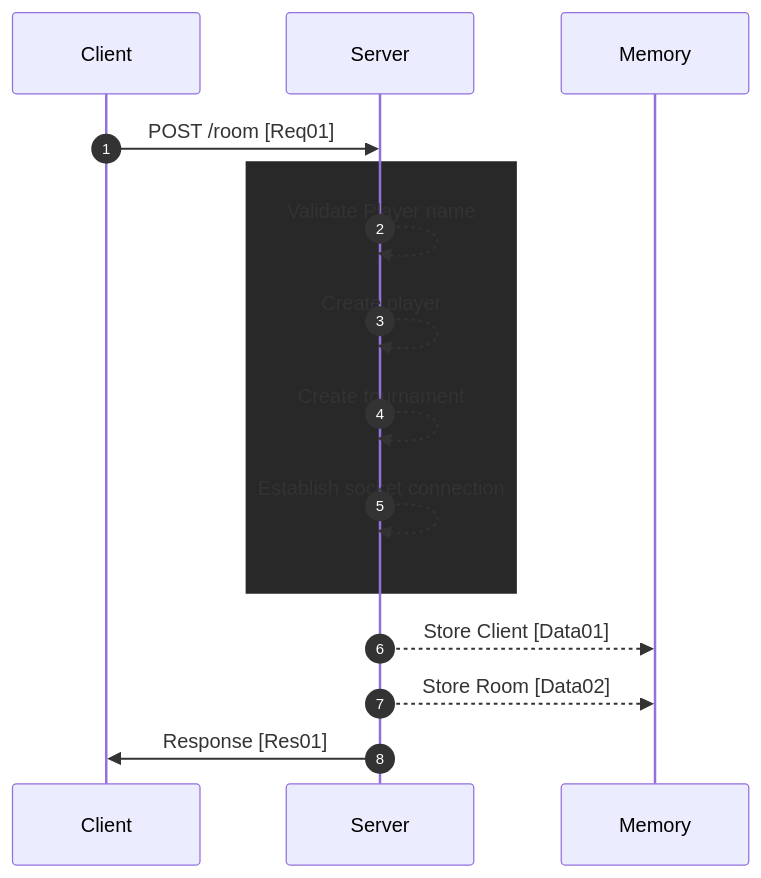
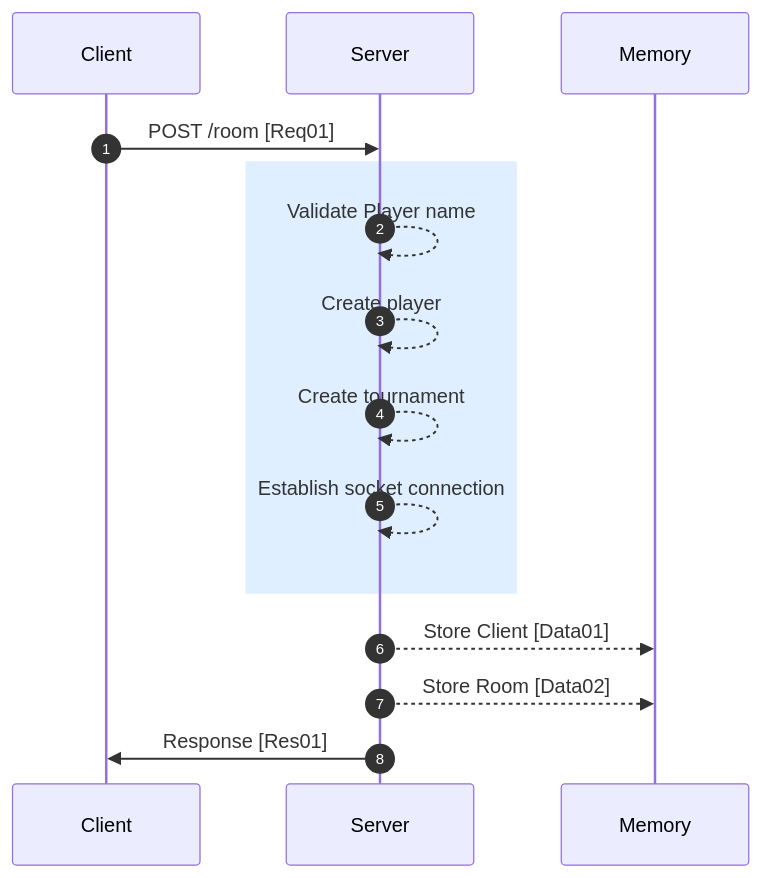
One commit to the-ai-team/razor changed the diagram in docs/communication/protocol/create-tournament.md. Above: the diagram before and after it, drawn with Mermaid. The commit also changed 2 other files, not shown here.

Commit message:
docs(protocols): update rect color

````diff
--- a/docs/communication/protocol/create-tournament.md
+++ b/docs/communication/protocol/create-tournament.md
@@ -5,21 +5,21 @@
 ```mermaid
 sequenceDiagram
     autonumber
     participant C as Client
     participant S as Server
     participant M as Memory
 
     C->>S: POST /room [Req01]
 
-    rect rgb(40, 40, 40)
+    rect rgba(191, 223, 255, 0.5)
         S-->>S: Validate Player name
         S-->>S: Create player
         S-->>S: Create tournament
         S-->>S: Establish socket connection
     end
 
     S-->>M: Store Client [Data01]
     S-->>M: Store Room [Data02]
     S->>C: Response [Res01]
 
 ```
````
